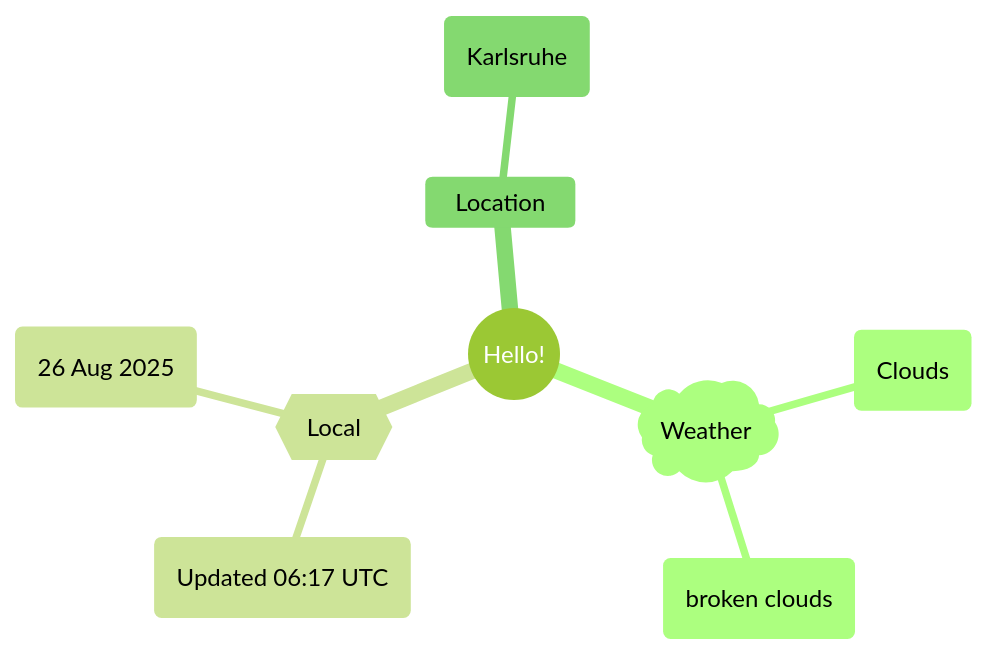
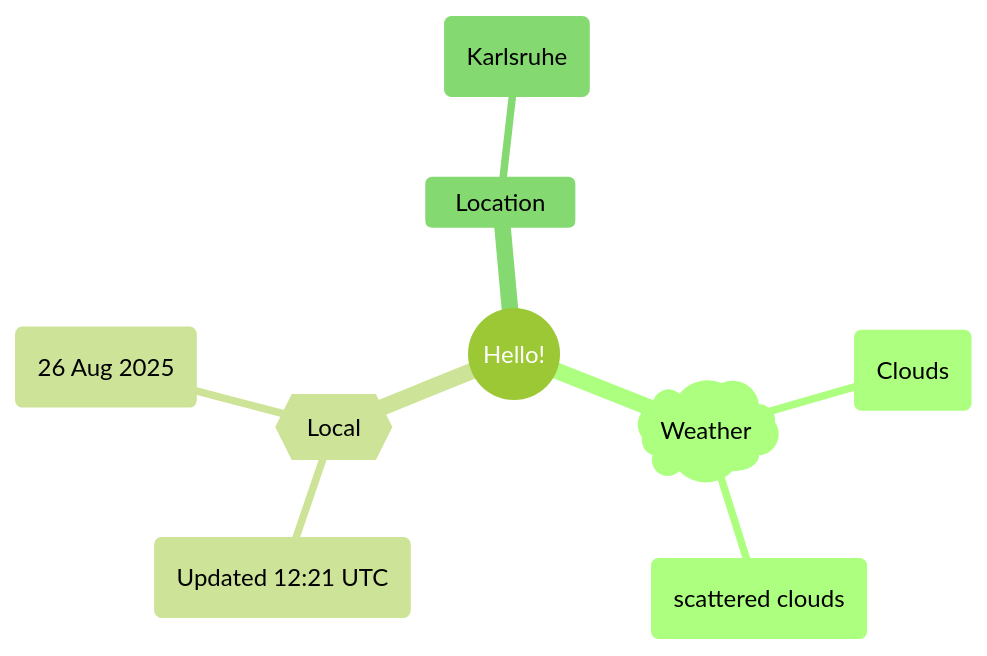
Before and after one commit to Xosrov/Xosrov: the first of 2 diagrams in README.md, drawn with Mermaid (forest theme).

Commit message:
[bot] updated images

````diff
--- a/README.md
+++ b/README.md
@@ -3,12 +3,12 @@
 ```mermaid
 mindmap
   root((Hello!))
     )Weather(
         (Clouds)
-        (broken clouds)
+        (scattered clouds)
     {{Local}}
-        (Updated 06:17 UTC)
+        (Updated 12:21 UTC)
         (26 Aug 2025)
     Location
         (Karlsruhe)
 ```
````
